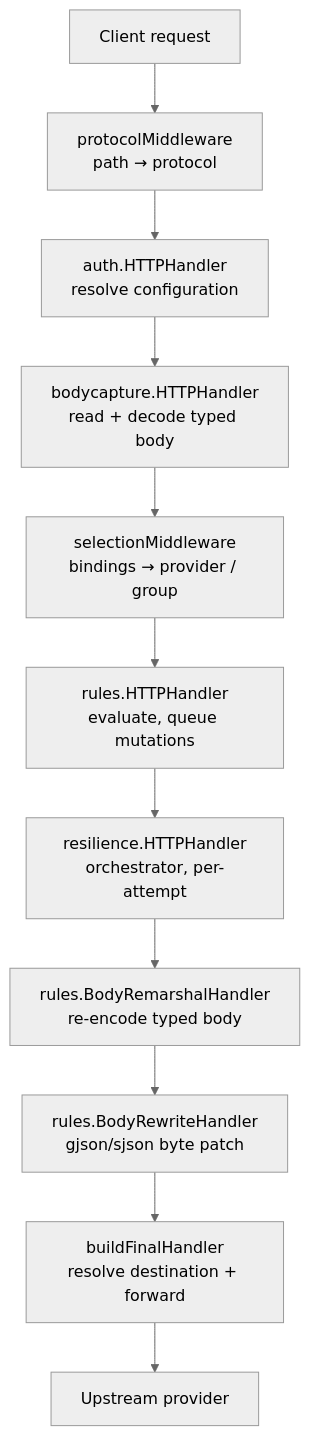
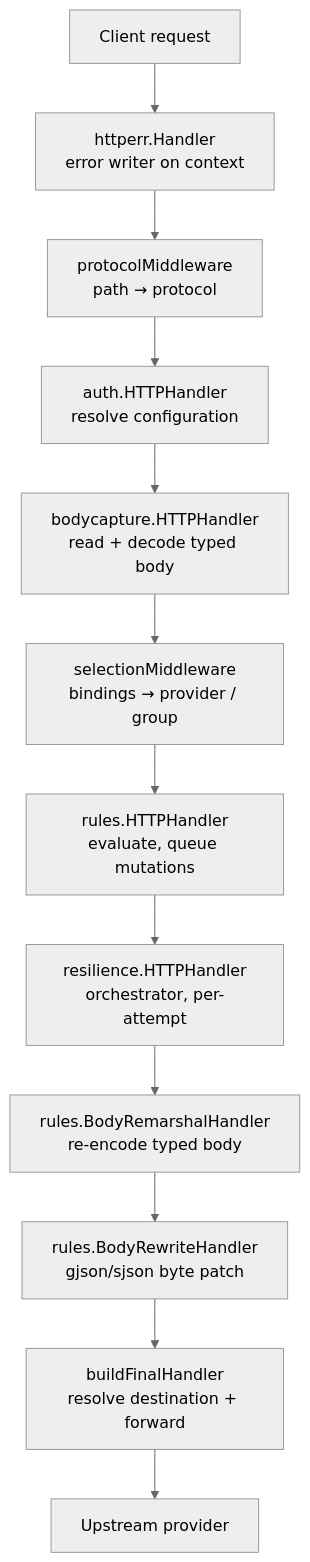
The first of 3 diagrams in docs/pipeline.md (andyjmorgan/slipspace-gateway), drawn with Mermaid (neutral theme) before and after one commit. The commit also changed other lines of this file and 10 other files, not shown here.

````diff
--- a/docs/pipeline.md
+++ b/docs/pipeline.md
@@ -54,13 +54,14 @@
 ```mermaid
 flowchart TB
-    C[Client request] --> P[protocolMiddleware<br/>path → protocol]
+    C[Client request] --> HE[httperr.Handler<br/>error writer on context]
+    HE --> P[protocolMiddleware<br/>path → protocol]
     P --> AU[auth.HTTPHandler<br/>resolve configuration]
     AU --> BC[bodycapture.HTTPHandler<br/>read + decode typed body]
     BC --> SEL[selectionMiddleware<br/>bindings → provider / group]
     SEL --> RU[rules.HTTPHandler<br/>evaluate, queue mutations]
     RU --> RES[resilience.HTTPHandler<br/>orchestrator, per-attempt]
     RES --> RM[rules.BodyRemarshalHandler<br/>re-encode typed body]
     RM --> RW[rules.BodyRewriteHandler<br/>gjson/sjson byte patch]
     RW --> F[buildFinalHandler<br/>resolve destination + forward]
     F --> U[Upstream provider]
 ```
````
